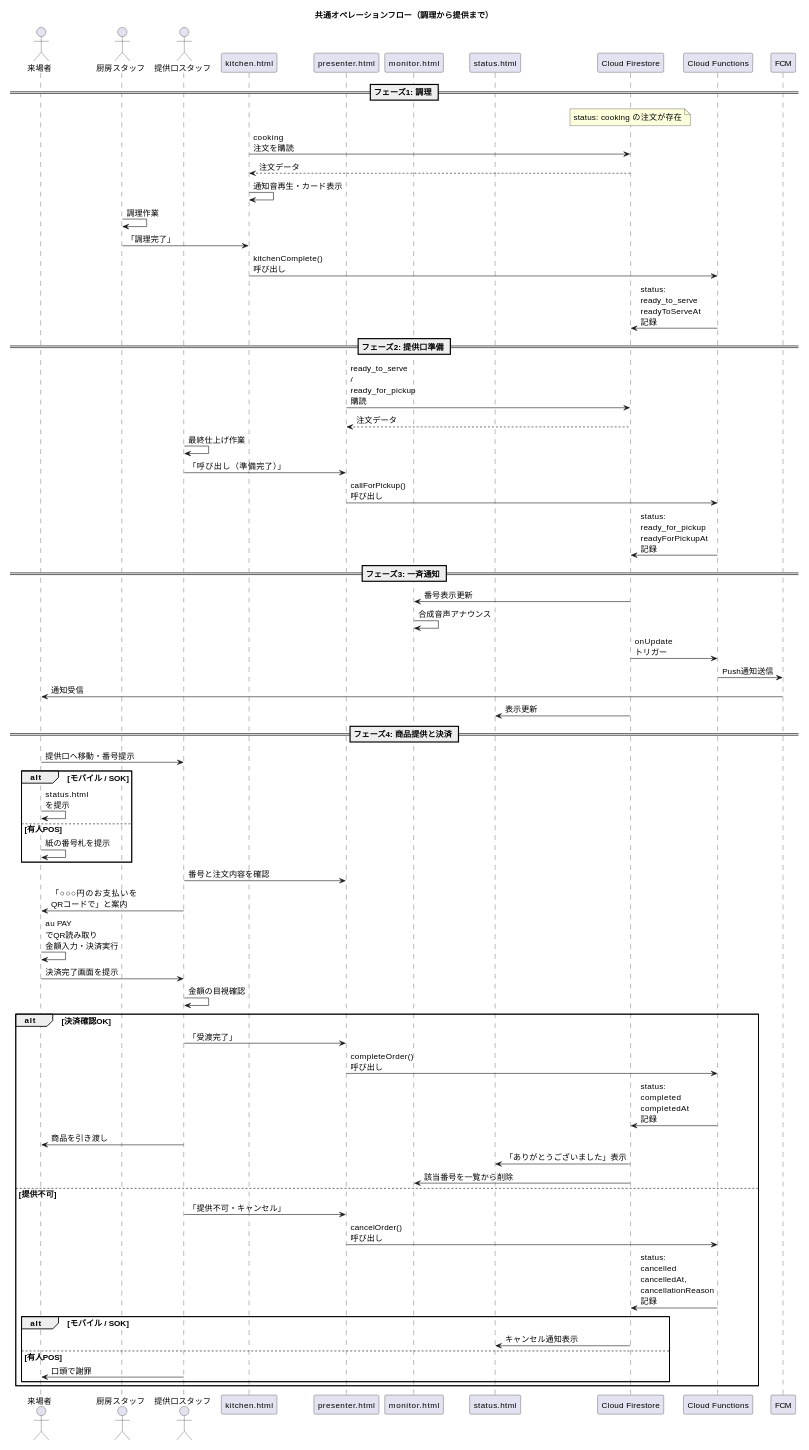
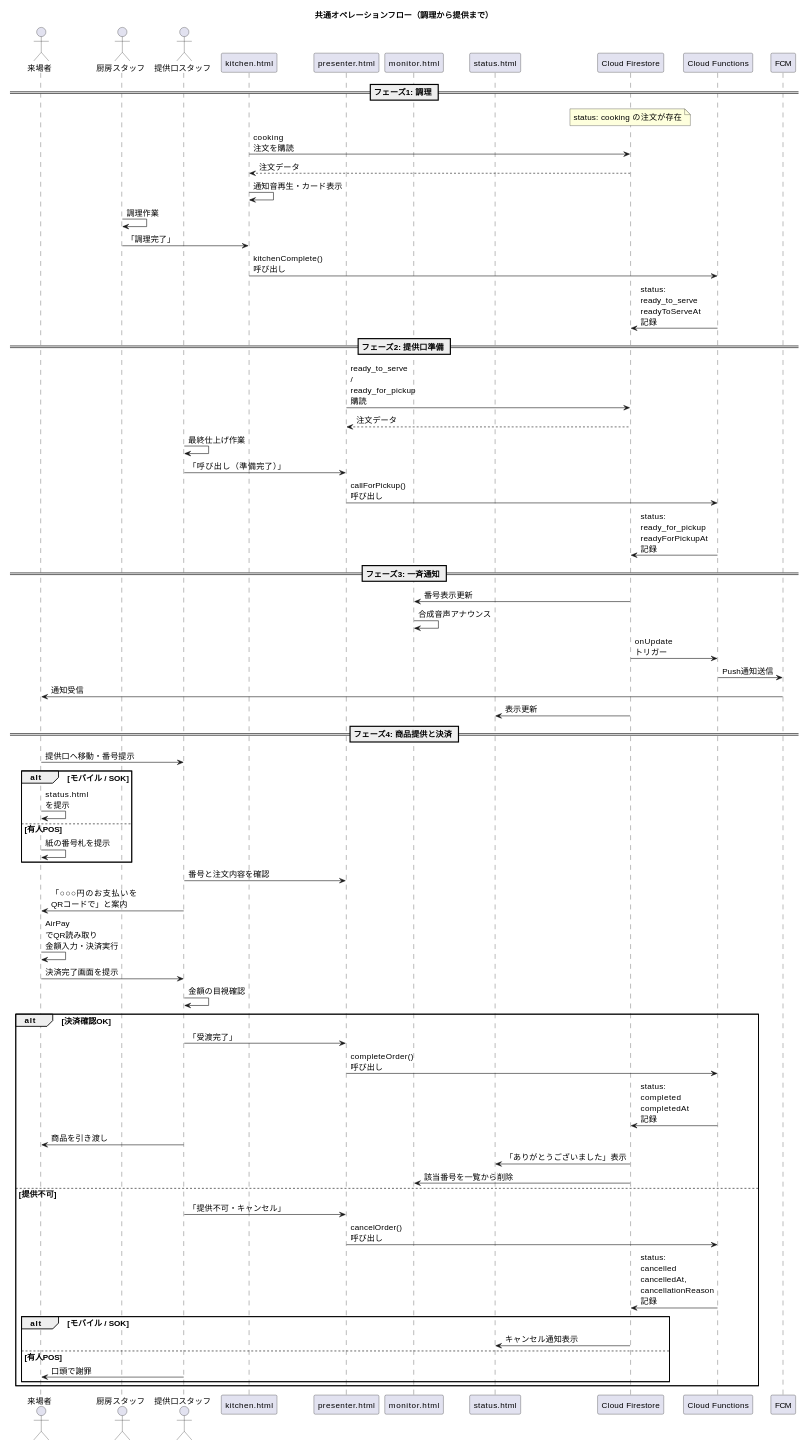
One commit to ynr-cs/nanryosai2026 changed the second of 2 diagrams in 設計図/sandbox/第7章.md. Above: the diagram before and after it, drawn with PlantUML. The commit also changed other lines of this file and 28 other files, not shown here.

```diff
--- a/設計図/sandbox/第7章.md
+++ b/設計図/sandbox/第7章.md
@@ -477,7 +477,7 @@
 PresenterStaff -> Presenter: 番号と注文内容を確認
 PresenterStaff -> Visitor: 「○○○円のお支払いを\nQRコードで」と案内
 
-Visitor -> Visitor: au PAY でQR読み取り\n金額入力・決済実行
+Visitor -> Visitor: AirPay でQR読み取り\n金額入力・決済実行
 Visitor -> PresenterStaff: 決済完了画面を提示
 
 PresenterStaff -> PresenterStaff: 金額の目視確認
```
